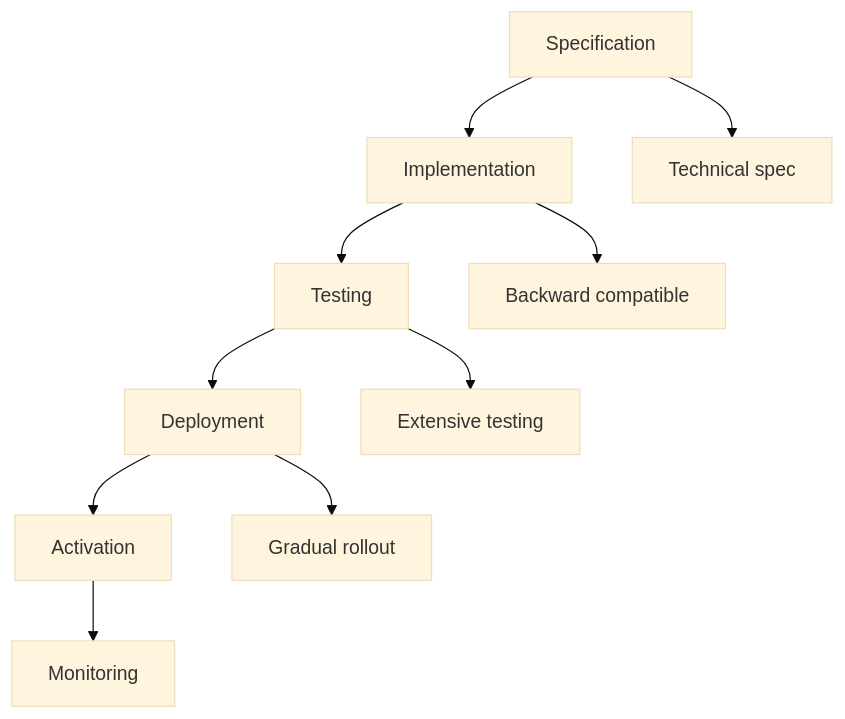
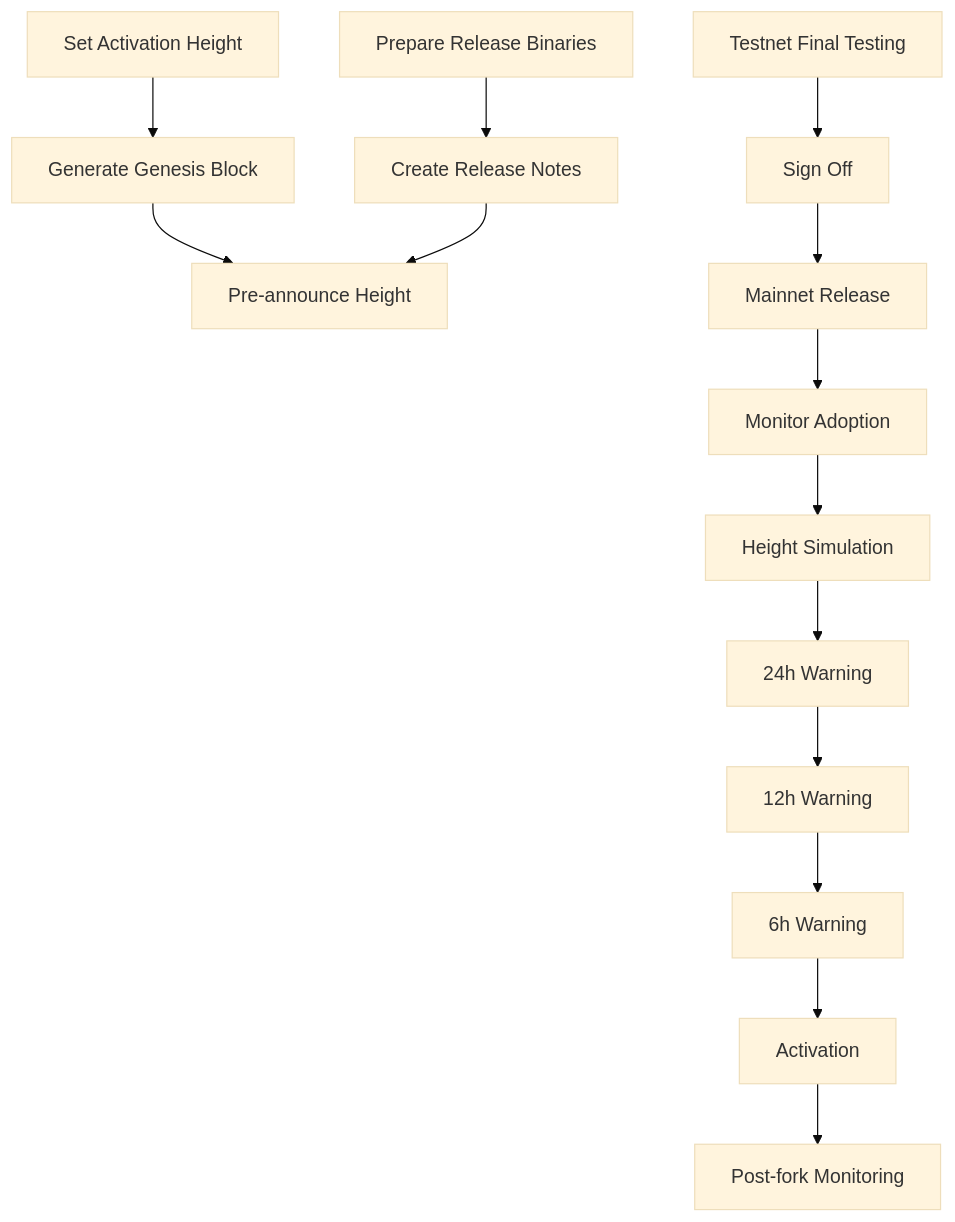
The fifth of 29 diagrams in FORK_CLASSIFICATION.md (usexfg/fuego-suite), drawn with Mermaid (base theme) before and after one commit. The commit also changed other lines of this file and 64 other files, not shown here.

````diff
--- a/FORK_CLASSIFICATION.md
+++ b/FORK_CLASSIFICATION.md
@@ -275,13 +1099,16 @@
 ```mermaid
 flowchart TD
-    A[Specification] --> B[Implementation]
-    B --> C[Testing]
-    C --> D[Deployment]
-    D --> E[Activation]
-    
-    A --> F[Technical spec]
-    B --> G[Backward compatible]
-    C --> H[Extensive testing]
-    D --> I[Gradual rollout]
-    E --> J[Monitoring]
+    A[Set Activation Height] --> B[Generate Genesis Block]
+    C[Prepare Release Binaries] --> D[Create Release Notes]
+    E[Testnet Final Testing] --> F[Sign Off]
+    B --> G[Pre-announce Height]
+    D --> G
+    F --> H[Mainnet Release]
+    H --> I[Monitor Adoption]
+    I --> J[Height Simulation]
+    J --> K[24h Warning]
+    K --> L[12h Warning]
+    L --> M[6h Warning]
+    M --> N[Activation]
+    N --> O[Post-fork Monitoring]
 ```
````
